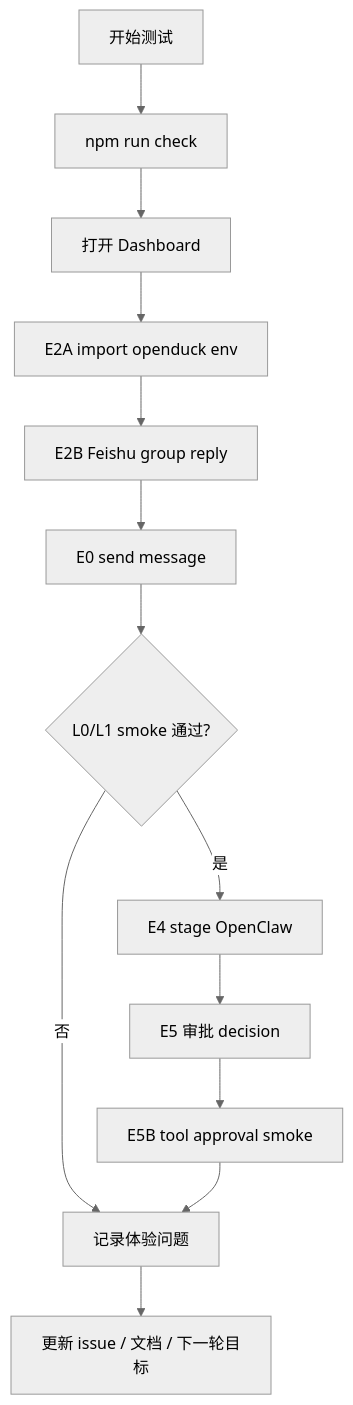
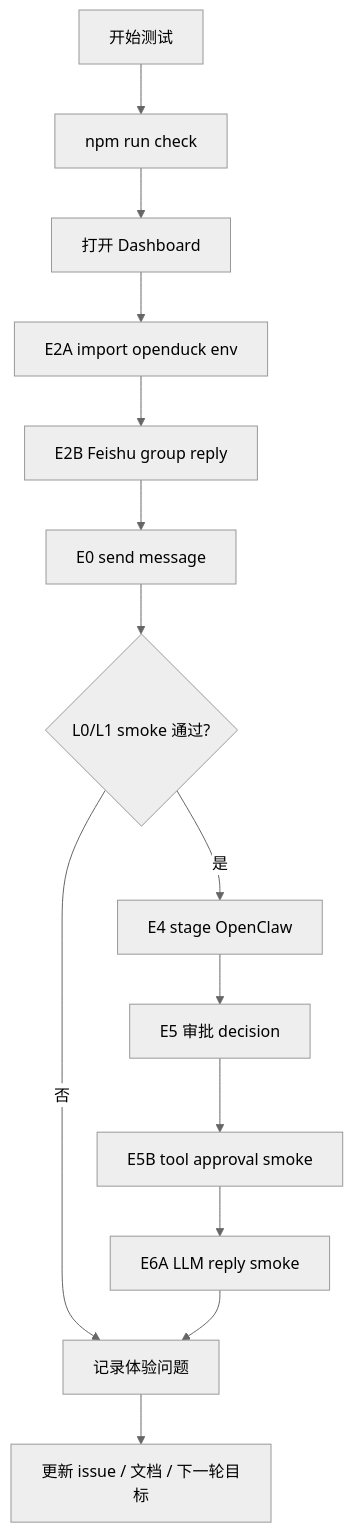
The second of 2 diagrams in docs/modules/human-testing-playbook.md (mayf3/myclaw), drawn with Mermaid (neutral theme) before and after one commit. The commit also changed other lines of this file and 41 other files, not shown here.

Commit message:
feat: add llm reply smoke

````diff
--- a/docs/modules/human-testing-playbook.md
+++ b/docs/modules/human-testing-playbook.md
@@ -67,15 +68,16 @@
 ```mermaid
 flowchart TD
   Start[开始测试] --> Check[npm run check]
   Check --> Dashboard[打开 Dashboard]
   Dashboard --> Import[E2A import openduck env]
   Import --> FeishuBot[E2B Feishu group reply]
   FeishuBot --> Send[E0 send message]
   Send --> L0Gate{L0/L1 smoke 通过?}
   L0Gate -->|否| Record[记录阻塞证据]
   L0Gate -->|是| Stage[E4 stage OpenClaw]
   Stage --> Approval[E5 审批 decision]
   Approval --> ToolSmoke[E5B tool approval smoke]
-  ToolSmoke --> Record[记录体验问题]
+  ToolSmoke --> Ask[E6A LLM reply smoke]
+  Ask --> Record[记录体验问题]
   Record --> Report[更新 issue / 文档 / 下一轮目标]
 ```
````
